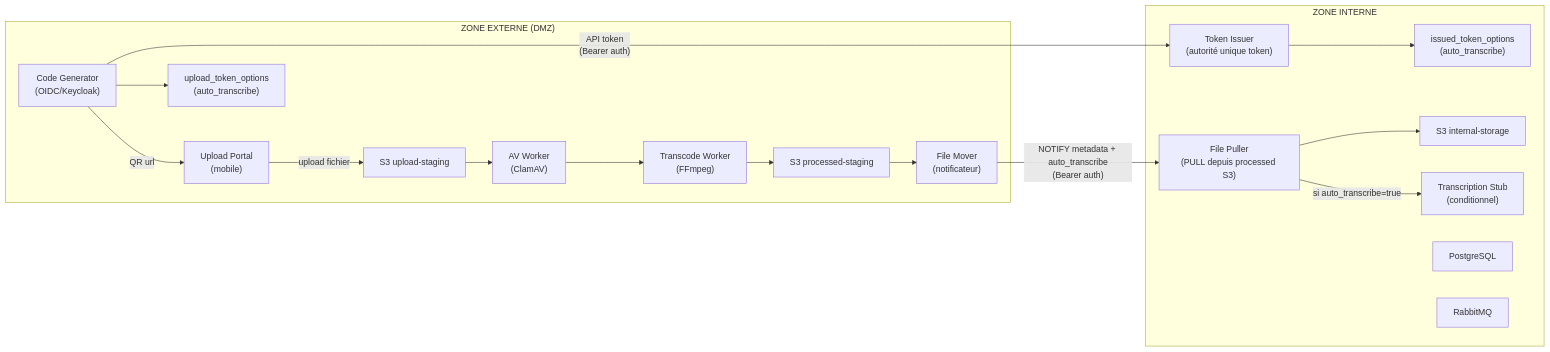
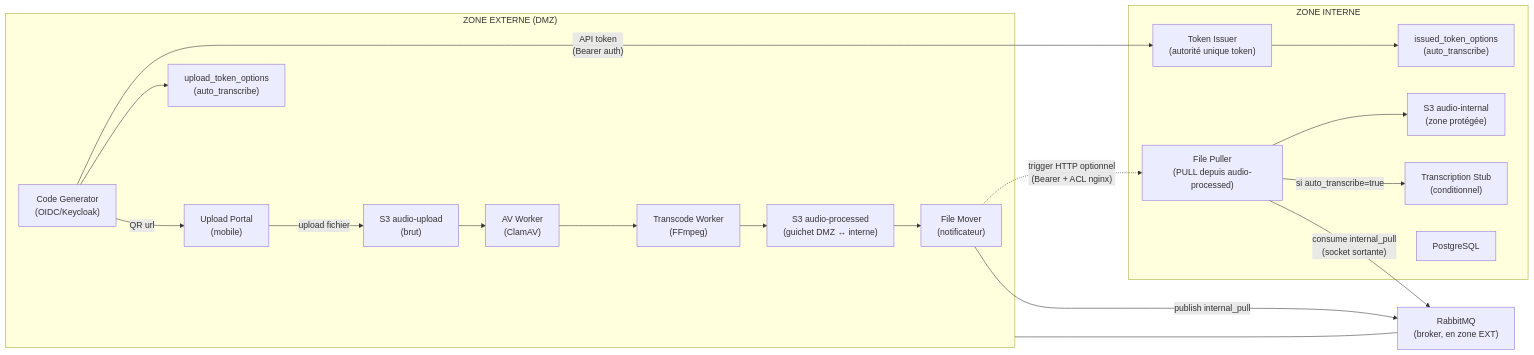
One commit to IA-Generative/mirai-mesreunions changed the first of 5 diagrams in README.md. Above: the diagram before and after it, drawn with Mermaid. The commit also changed other lines of this file and 13 other files, not shown here.

First line of the commit message:
feat(pipeline): cross-cluster pull notification via durable queue + optional HTTP trigger (#4)

````diff
--- a/README.md
+++ b/README.md
@@ -18,35 +18,39 @@
 ```mermaid
 flowchart LR
   subgraph EXT["ZONE EXTERNE (DMZ)"]
     CG["Code Generator<br/>(OIDC/Keycloak)"]
     UP["Upload Portal<br/>(mobile)"]
     EOPT["upload_token_options<br/>(auto_transcribe)"]
-    S3U["S3 upload-staging"]
+    S3U["S3 audio-upload<br/>(brut)"]
     AV["AV Worker<br/>(ClamAV)"]
     TR["Transcode Worker<br/>(FFmpeg)"]
-    S3P["S3 processed-staging"]
+    S3P["S3 audio-processed<br/>(guichet DMZ ↔ interne)"]
     FM["File Mover<br/>(notificateur)"]
 
     CG -->|"QR url"| UP
     CG --> EOPT
     UP -->|"upload fichier"| S3U
     S3U --> AV --> TR --> S3P --> FM
   end
 
   subgraph INT["ZONE INTERNE"]
     TI["Token Issuer<br/>(autorité unique token)"]
     IOPT["issued_token_options<br/>(auto_transcribe)"]
-    FP["File Puller<br/>(PULL depuis processed S3)"]
-    S3I["S3 internal-storage"]
+    FP["File Puller<br/>(PULL depuis audio-processed)"]
+    S3I["S3 audio-internal<br/>(zone protégée)"]
     STT["Transcription Stub<br/>(conditionnel)"]
     DB["PostgreSQL"]
-    MQ["RabbitMQ"]
 
     TI --> IOPT
     FP --> S3I
     FP -->|"si auto_transcribe=true"| STT
   end
 
+  MQ["RabbitMQ<br/>(broker, en zone EXT)"]
+  EXT --- MQ
+
   CG -->|"API token<br/>(Bearer auth)"| TI
-  FM -->|"NOTIFY metadata + auto_transcribe<br/>(Bearer auth)"| FP
+  FM -->|"publish internal_pull"| MQ
+  FP -->|"consume internal_pull<br/>(socket sortante)"| MQ
+  FM -.->|"trigger HTTP optionnel<br/>(Bearer + ACL nginx)"| FP
 ```
````
